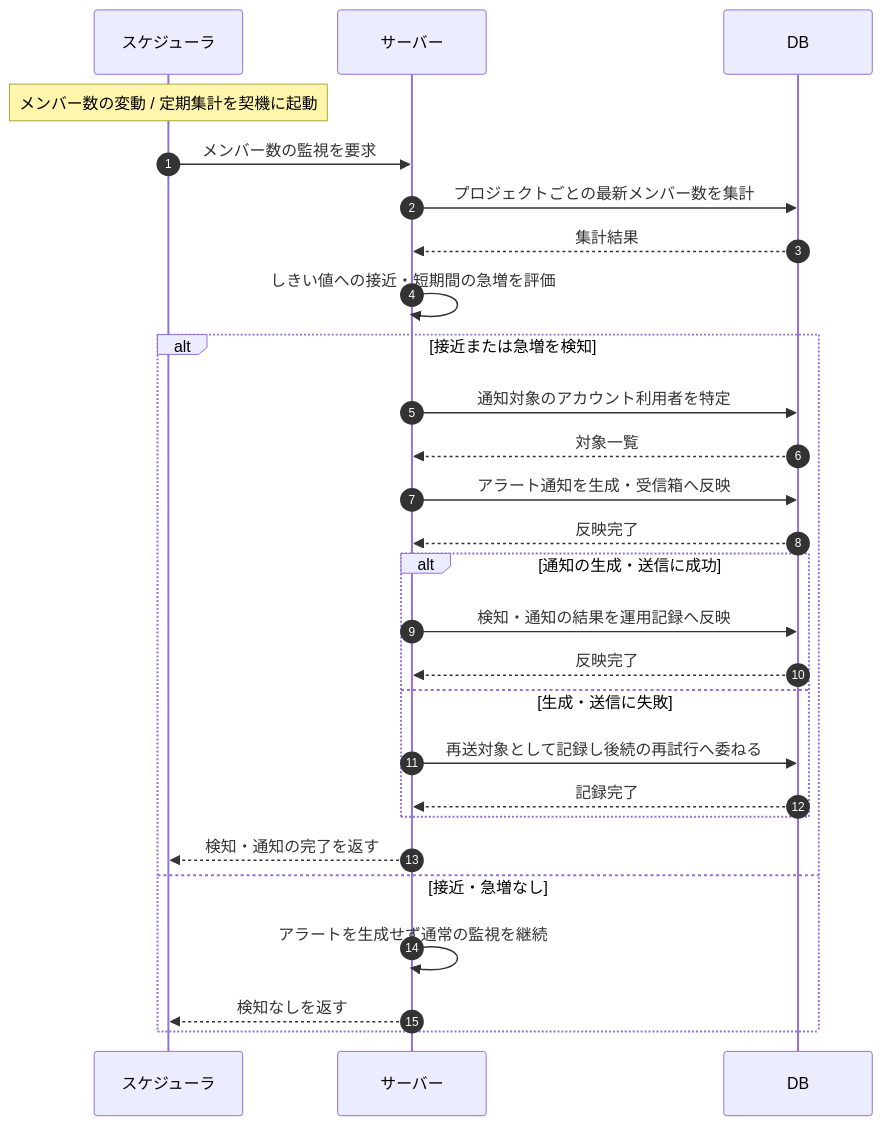
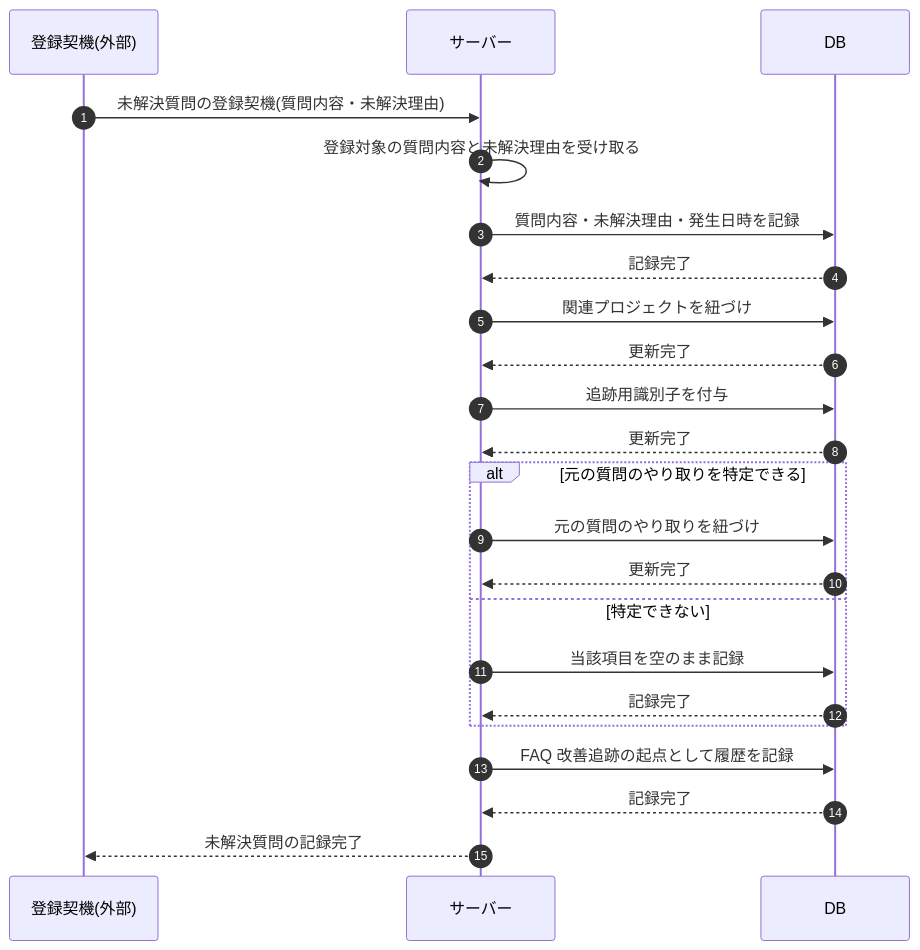
One commit to sikakou54/open-faq changed the diagram in 02_basic_design/03_sequences/SEQ-108.md. Above: the diagram before and after it, drawn with Mermaid. The commit also changed other lines of this file and 395 other files, not shown here.

````diff
--- a/02_basic_design/03_sequences/SEQ-108.md
+++ b/02_basic_design/03_sequences/SEQ-108.md
@@ -25,29 +25,25 @@
 ```mermaid
 sequenceDiagram
   autonumber
-  participant SCH as スケジューラ
+  participant T as 登録契機(外部)
   participant Server as サーバー
   participant DB as DB
-  Note over SCH: メンバー数の変動 / 定期集計を契機に起動
-  SCH->>Server: メンバー数の監視を要求
-  Server->>DB: プロジェクトごとの最新メンバー数を集計
-  DB-->>Server: 集計結果
-  Server->>Server: しきい値への接近・短期間の急増を評価
-  alt 接近または急増を検知
-    Server->>DB: 通知対象のアカウント利用者を特定
-    DB-->>Server: 対象一覧
-    Server->>DB: アラート通知を生成・受信箱へ反映
-    DB-->>Server: 反映完了
-    alt 通知の生成・送信に成功
-      Server->>DB: 検知・通知の結果を運用記録へ反映
-      DB-->>Server: 反映完了
-    else 生成・送信に失敗
-      Server->>DB: 再送対象として記録し後続の再試行へ委ねる
-      DB-->>Server: 記録完了
-    end
-    Server-->>SCH: 検知・通知の完了を返す
-  else 接近・急増なし
-    Server->>Server: アラートを生成せず通常の監視を継続
-    Server-->>SCH: 検知なしを返す
+  T->>Server: 未解決質問の登録契機(質問内容・未解決理由)
+  Server->>Server: 登録対象の質問内容と未解決理由を受け取る
+  Server->>DB: 質問内容・未解決理由・発生日時を記録
+  DB-->>Server: 記録完了
+  Server->>DB: 関連プロジェクトを紐づけ
+  DB-->>Server: 更新完了
+  Server->>DB: 追跡用識別子を付与
+  DB-->>Server: 更新完了
+  alt 元の質問のやり取りを特定できる
+    Server->>DB: 元の質問のやり取りを紐づけ
+    DB-->>Server: 更新完了
+  else 特定できない
+    Server->>DB: 当該項目を空のまま記録
+    DB-->>Server: 記録完了
   end
+  Server->>DB: FAQ 改善追跡の起点として履歴を記録
+  DB-->>Server: 記録完了
+  Server-->>T: 未解決質問の記録完了
 ```
````
